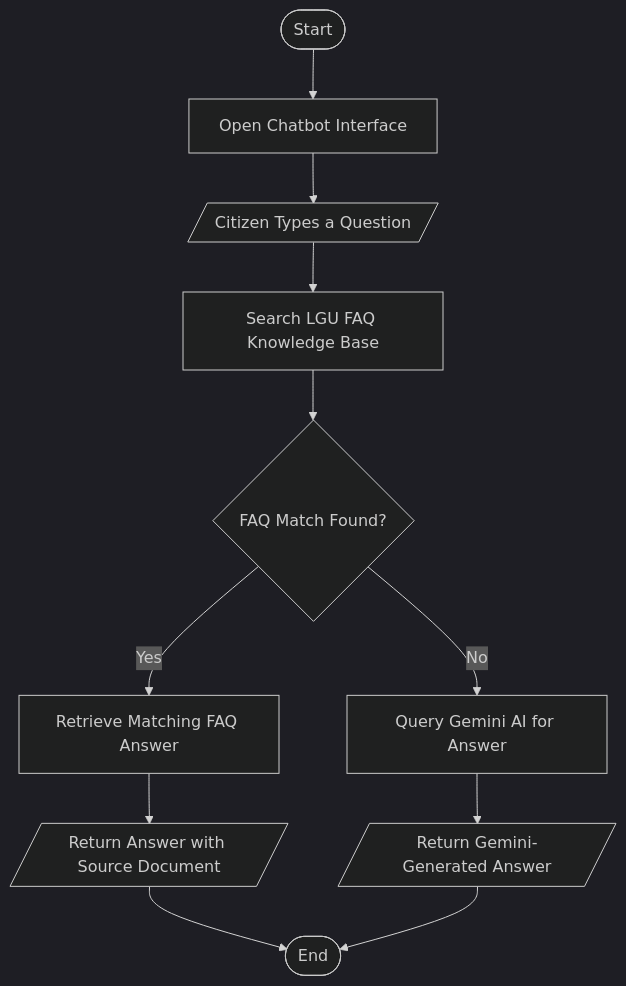
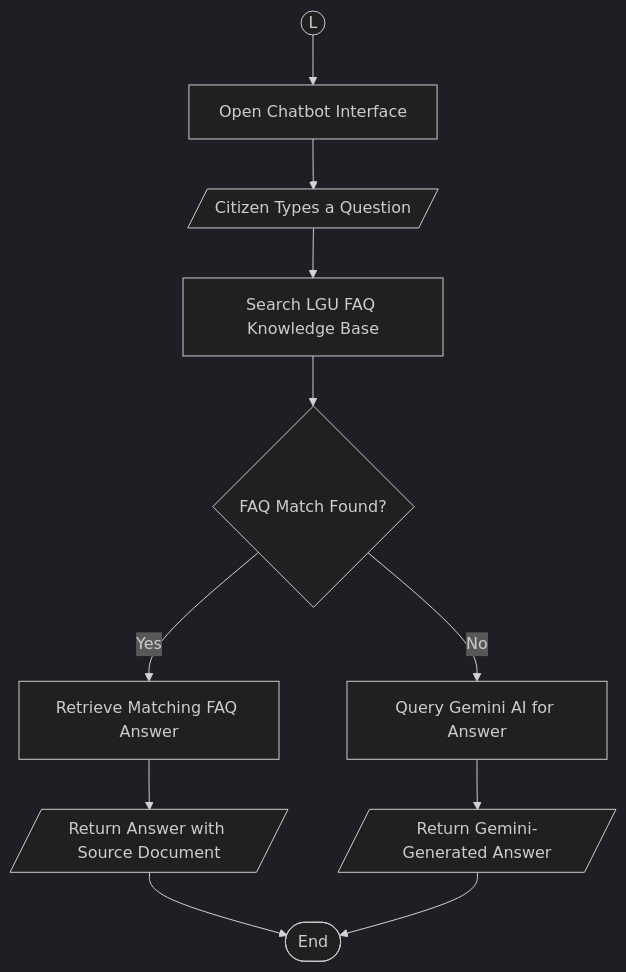
Diagram 27 of 33 in Manuscript/diagrams.md (Jechrispotato/Refractor), drawn with Mermaid (dark theme) before and after one commit. The commit also changed other lines of this file and 13 other files, not shown here.

````diff
--- a/Manuscript/diagrams.md
+++ b/Manuscript/diagrams.md
@@ -547,15 +553,15 @@
 ```mermaid
 flowchart TD
-    Start([Start]) --> Open[Open Chatbot Interface]
+    Start((L)) --> Open[Open Chatbot Interface]
     Open --> Input[/Citizen Types a Question/]
     Input --> FAQ[Search LGU FAQ Knowledge Base]
     FAQ --> Match{FAQ Match Found?}
 
     Match -->|Yes| Answer[Retrieve Matching FAQ Answer]
     Answer --> Source[/Return Answer with Source Document/]
     Source --> Done([End])
 
     Match -->|No| Gemini[Query Gemini AI for Answer]
     Gemini --> GemRes[/Return Gemini-Generated Answer/]
     GemRes --> Done
 ```
````
